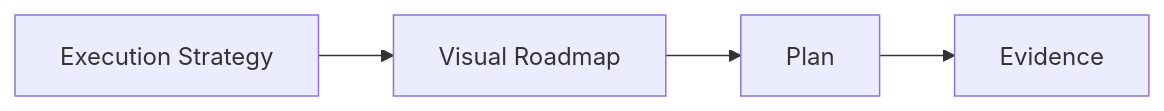
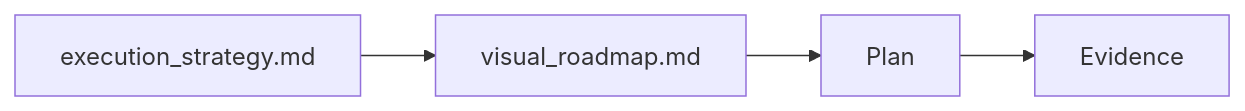
The eighth of 12 diagrams in docs-release/release/v1.0-visual-roadmap-cn.md (FairladyZ625/coding-agent-harness), drawn with Mermaid before and after one commit. The commit also changed other lines of this file and 16 other files, not shown here.

````diff
--- a/docs-release/release/v1.0-visual-roadmap-cn.md
+++ b/docs-release/release/v1.0-visual-roadmap-cn.md
@@ -252,9 +253,9 @@
 ```mermaid
 flowchart LR
-  Strategy["Execution Strategy"]
-  Roadmap["Visual Roadmap"]
+  Strategy["execution_strategy.md"]
+  Roadmap["visual_roadmap.md"]
   Plan["Plan"]
   Evidence["Evidence"]
 
   Strategy --> Roadmap --> Plan --> Evidence
 ```
````
